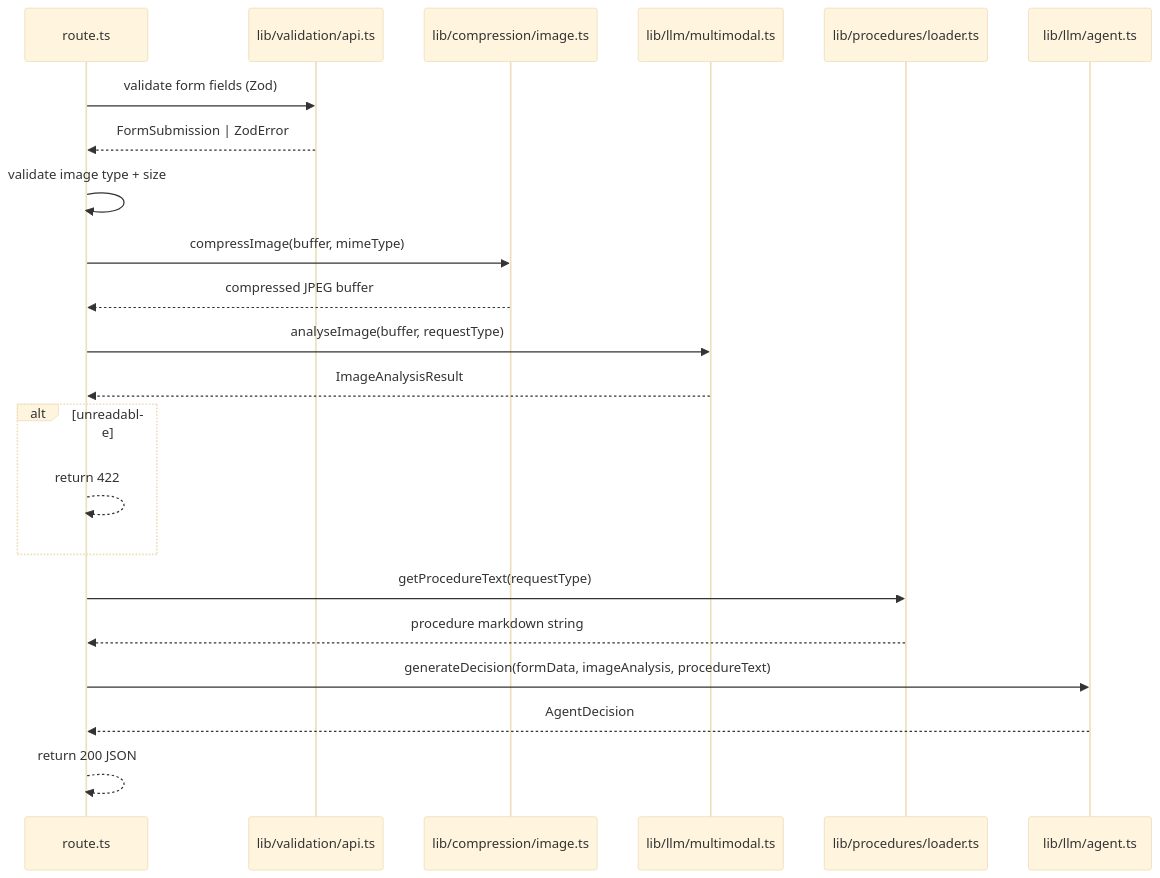
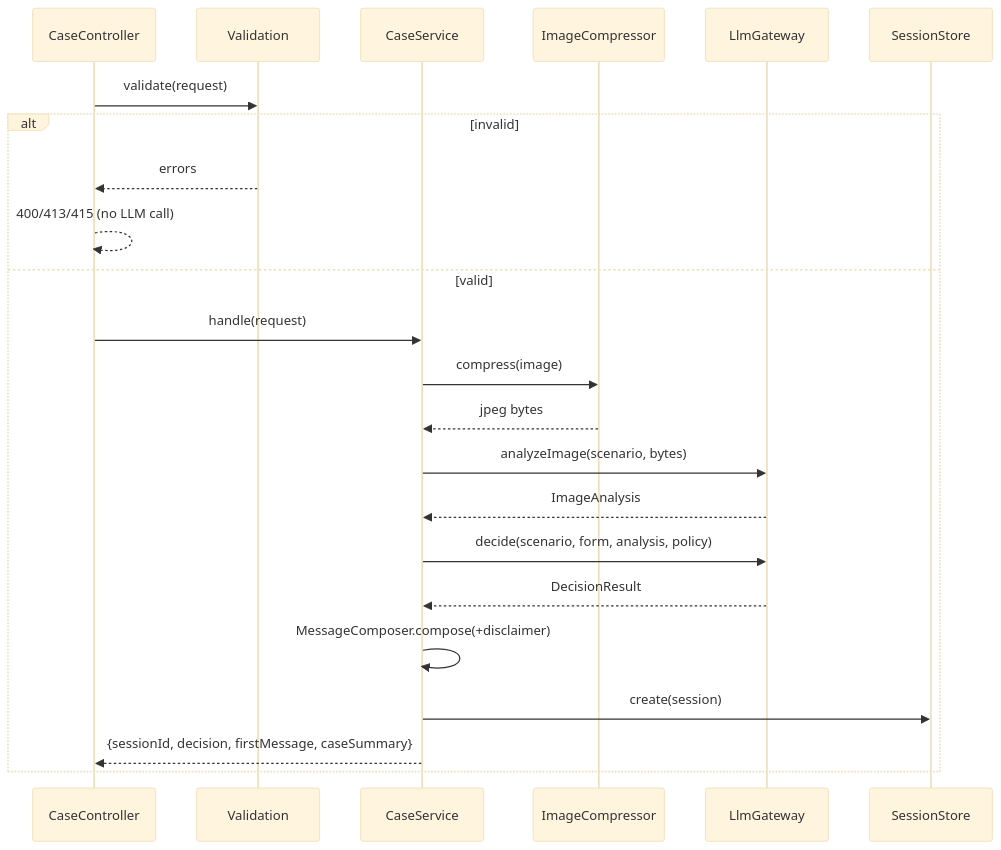
The second of 3 diagrams in docs/ADR/001-backend-api.md (dabrowski33/AI-Programming-Course-25-06-2026_LAST_02), drawn with Mermaid (base theme) before and after one commit. The commit also changed other lines of this file and 84 other files, not shown here.

````diff
--- a/docs/ADR/001-backend-api.md
+++ b/docs/ADR/001-backend-api.md
@@ -228,25 +197,25 @@
 ```mermaid
 sequenceDiagram
-    participant R as route.ts
-    participant V as lib/validation/api.ts
-    participant I as lib/compression/image.ts
-    participant M as lib/llm/multimodal.ts
-    participant P as lib/procedures/loader.ts
-    participant A as lib/llm/agent.ts
-
-    R->>V: validate form fields (Zod)
-    V-->>R: FormSubmission | ZodError
-    R->>R: validate image type + size
-    R->>I: compressImage(buffer, mimeType)
-    I-->>R: compressed JPEG buffer
-    R->>M: analyseImage(buffer, requestType)
-    M-->>R: ImageAnalysisResult
-    alt unreadable
-        R-->>R: return 422
+    participant C as CaseController
+    participant V as Validation
+    participant S as CaseService
+    participant I as ImageCompressor
+    participant G as LlmGateway
+    participant ST as SessionStore
+    C->>V: validate(request)
+    alt invalid
+      V-->>C: errors
+      C-->>C: 400/413/415 (no LLM call)
+    else valid
+      C->>S: handle(request)
+      S->>I: compress(image)
+      I-->>S: jpeg bytes
+      S->>G: analyzeImage(scenario, bytes)
+      G-->>S: ImageAnalysis
+      S->>G: decide(scenario, form, analysis, policy)
+      G-->>S: DecisionResult
+      S->>S: MessageComposer.compose(+disclaimer)
+      S->>ST: create(session)
+      S-->>C: {sessionId, decision, firstMessage, caseSummary}
     end
-    R->>P: getProcedureText(requestType)
-    P-->>R: procedure markdown string
-    R->>A: generateDecision(formData, imageAnalysis, procedureText)
-    A-->>R: AgentDecision
-    R-->>R: return 200 JSON
 ```
````
